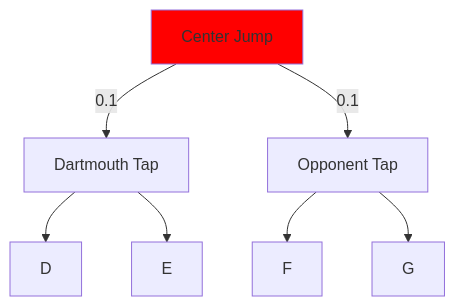
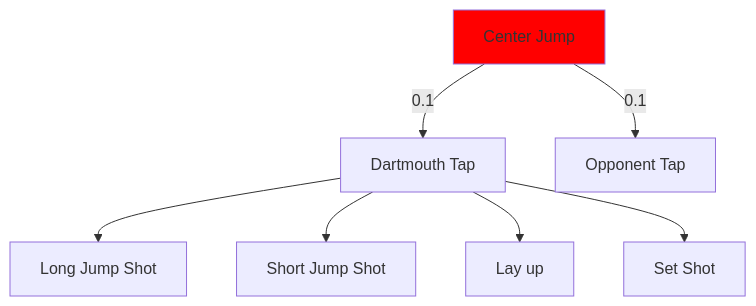
Before and after one commit to JimbyRaynor/BasketBall: the diagram in README.md, drawn with Mermaid.

````diff
--- a/README.md
+++ b/README.md
@@ -5,12 +5,13 @@
 ```mermaid 
 graph TD;
     A[Center Jump]-->|0.1|B[Dartmouth Tap];
     A[Center Jump]-->|0.1|C[Opponent Tap];
-    B-->D;
-    B-->E;
-    C-->F;
-    C-->G;
+    B-->D[Long Jump Shot];
+    B-->E[Short Jump Shot];
+    B-->F[Lay up];
+    B-->G[Set Shot];
+
 
 style A fill:#ff0000;
 
 ```
````
